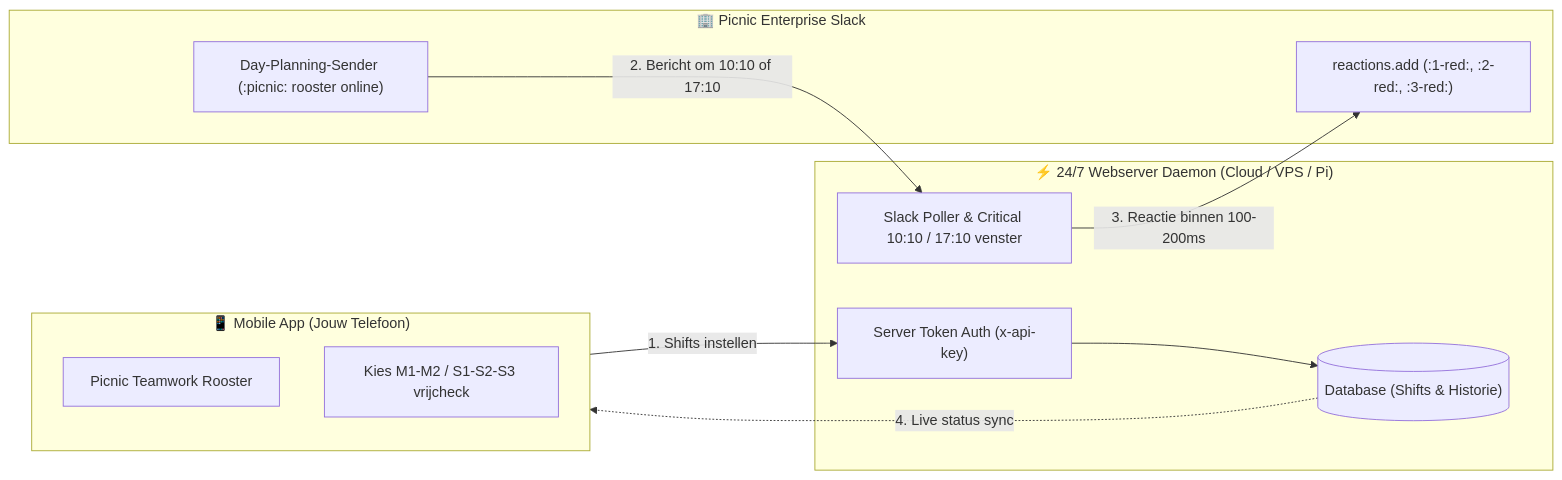
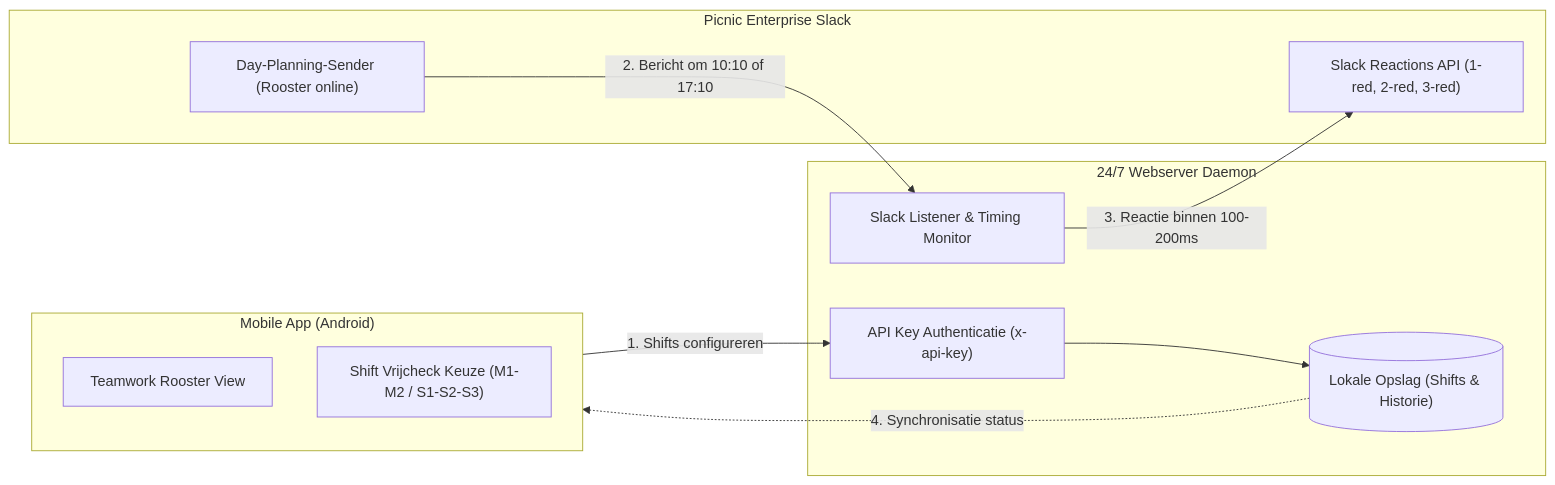
Before and after one commit to jayverrijt/AutoChecker: the diagram in README.md, drawn with Mermaid. The commit also changed other lines of this file and 7 other files, not shown here.

Commit message:
fix(shifts): align shift times with Picnic Teamwork and clean README

````diff
--- a/README.md
+++ b/README.md
@@ -19,24 +17,24 @@
 ```mermaid
 flowchart LR
-    subgraph Mobile[" 📱 Mobile App (Jouw Telefoon) "]
-        UI["Picnic Teamwork Rooster"]
-        Config["Kies M1-M2 / S1-S2-S3 vrijcheck"]
+    subgraph Mobile["Mobile App (Android)"]
+        UI["Teamwork Rooster View"]
+        Config["Shift Vrijcheck Keuze (M1-M2 / S1-S2-S3)"]
     end
 
-    subgraph Server[" ⚡ 24/7 Webserver Daemon (Cloud / VPS / Pi) "]
-        Auth["Server Token Auth (x-api-key)"]
-        Engine["Slack Poller & Critical 10:10 / 17:10 venster"]
-        DB[("Database (Shifts & Historie)")]
+    subgraph Server["24/7 Webserver Daemon"]
+        Auth["API Key Authenticatie (x-api-key)"]
+        Engine["Slack Listener & Timing Monitor"]
+        DB[("Lokale Opslag (Shifts & Historie)")]
     end
 
-    subgraph Slack[" 🏢 Picnic Enterprise Slack "]
-        Bot["Day-Planning-Sender (:picnic: rooster online)"]
-        Reaction["reactions.add (:1-red:, :2-red:, :3-red:)"]
+    subgraph Slack["Picnic Enterprise Slack"]
+        Bot["Day-Planning-Sender (Rooster online)"]
+        Reaction["Slack Reactions API (1-red, 2-red, 3-red)"]
     end
 
-    Mobile -- "1. Shifts instellen" --> Auth
+    Mobile -- "1. Shifts configureren" --> Auth
     Auth --> DB
     Bot -- "2. Bericht om 10:10 of 17:10" --> Engine
     Engine -- "3. Reactie binnen 100-200ms" --> Reaction
-    DB -. "4. Live status sync" .-> Mobile
+    DB -. "4. Synchronisatie status" .-> Mobile
 ```
````
